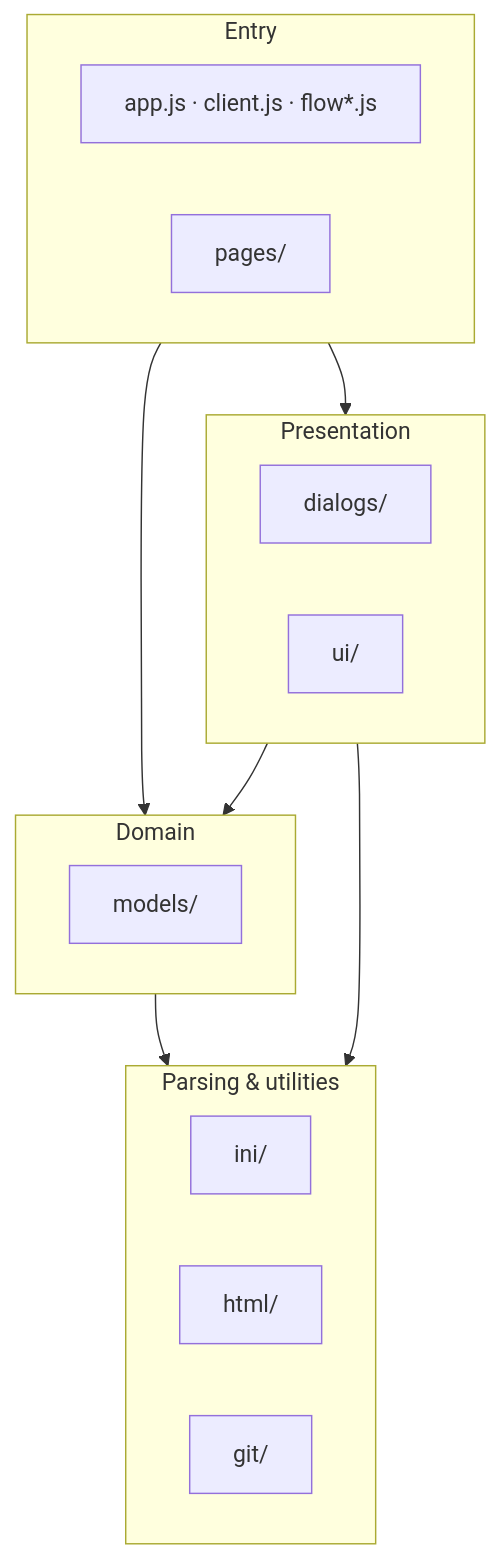
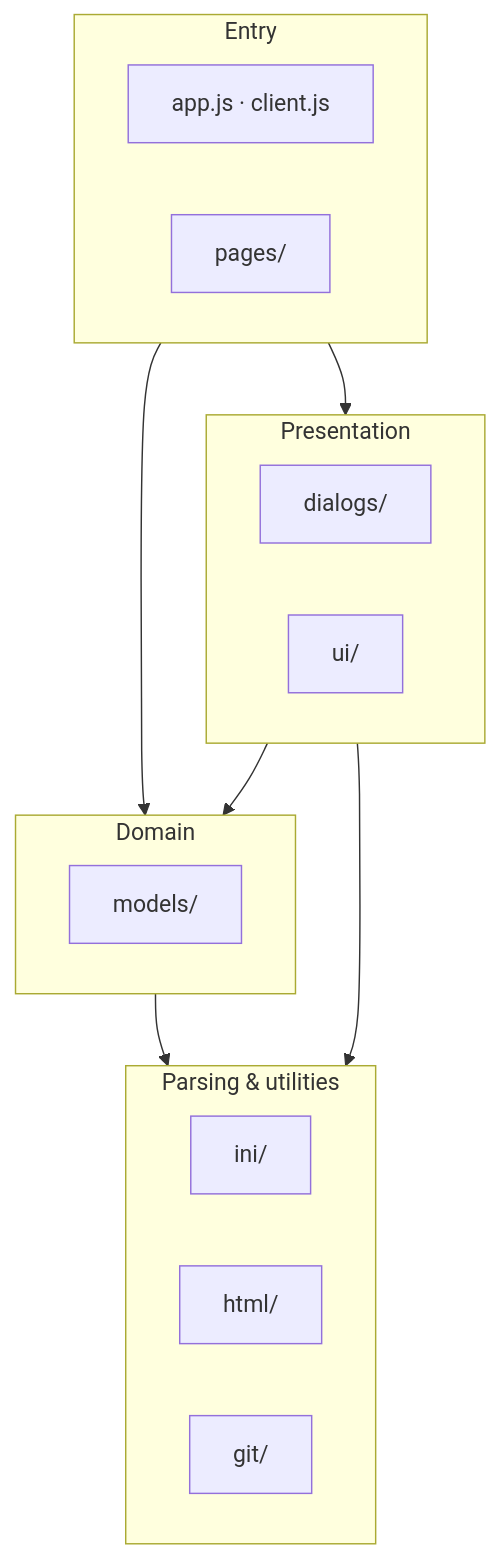
The fourth of 4 diagrams in README.md (Steve-Fenton/millrace), drawn with Mermaid before and after one commit. The commit also changed other lines of this file and 1 other file, not shown here.

````diff
--- a/README.md
+++ b/README.md
@@ -130,24 +136,24 @@
 ```mermaid
 flowchart TB
   subgraph entry["Entry"]
-    app["app.js · client.js · flow*.js"]
+    app["app.js · client.js"]
     pages["pages/"]
   end
   subgraph presentation["Presentation"]
     dialogs["dialogs/"]
     ui["ui/"]
   end
   subgraph domain["Domain"]
     models["models/"]
   end
   subgraph utilities["Parsing & utilities"]
     ini["ini/"]
     html["html/"]
     git["git/"]
   end
   entry --> presentation
   entry --> domain
   presentation --> domain
   domain --> utilities
   presentation --> utilities
 ```
````
